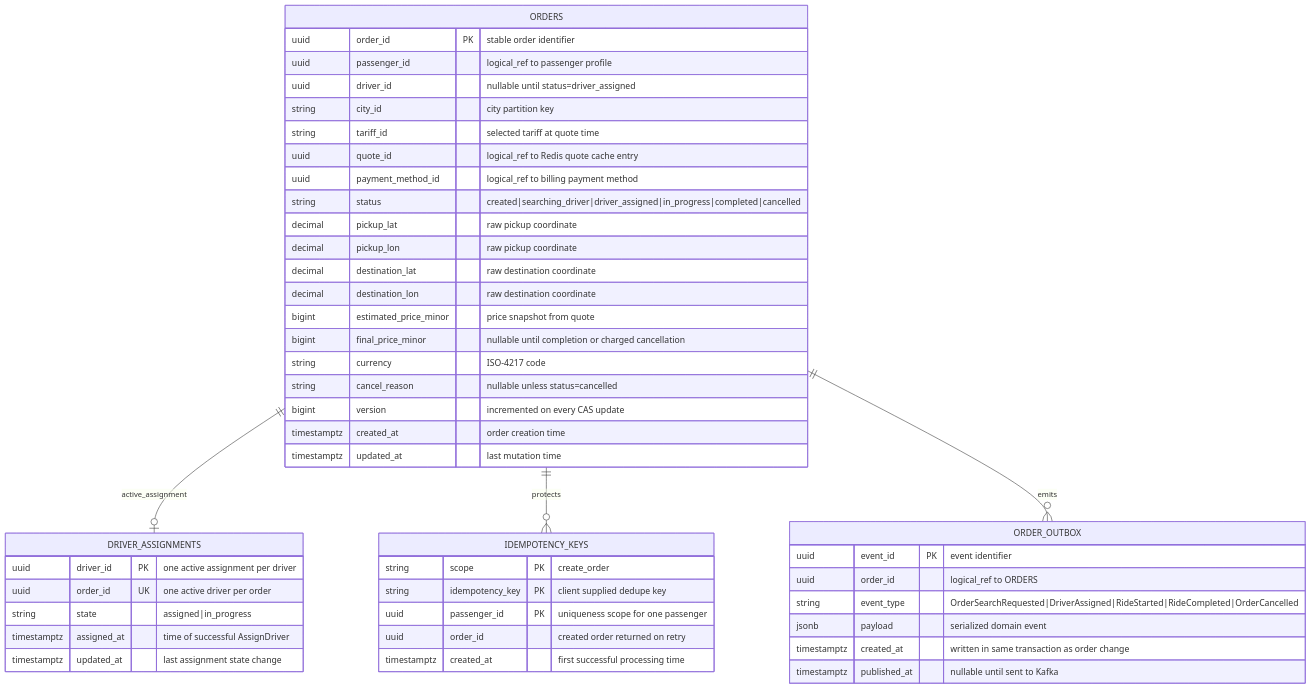
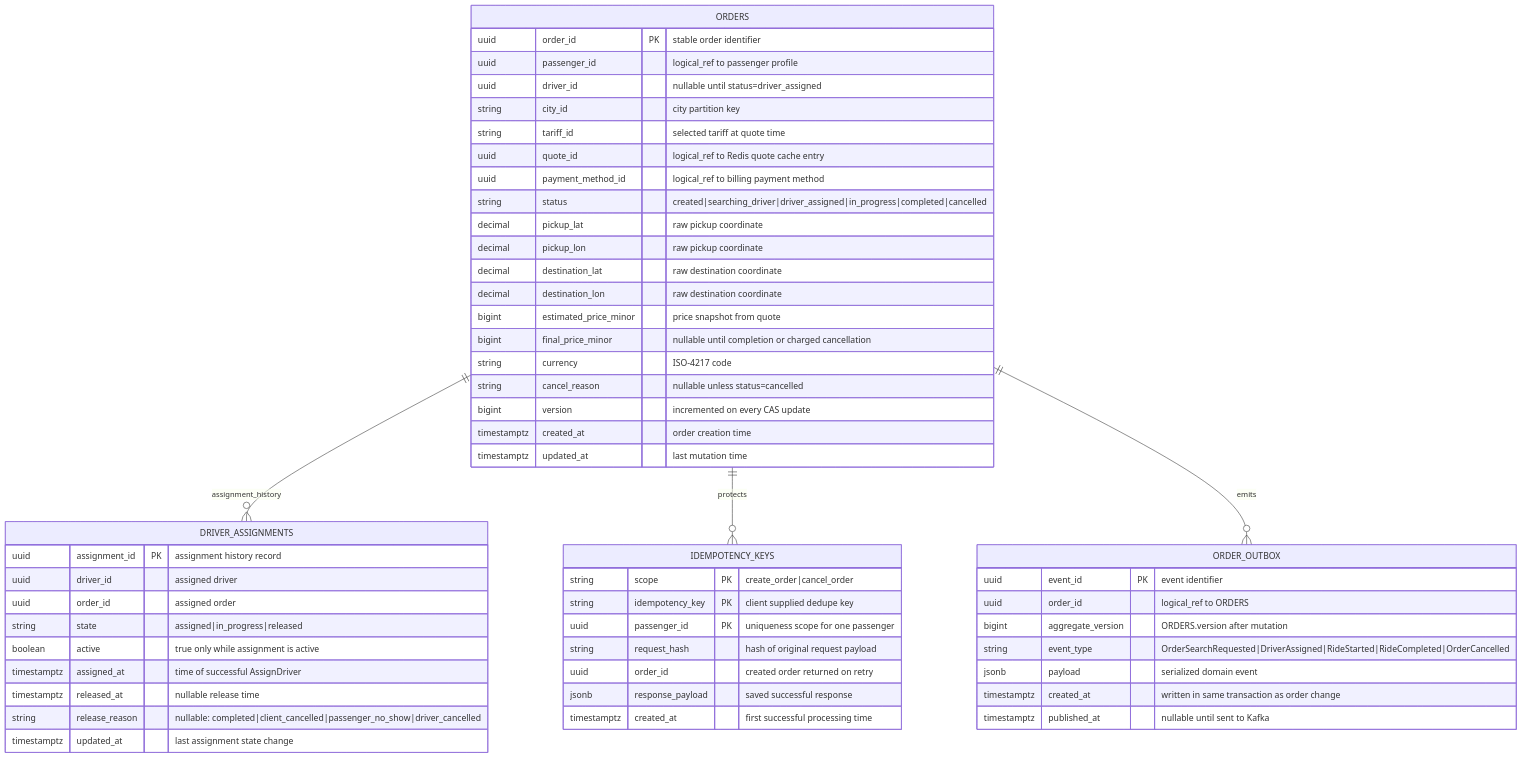
One commit to almostinf/taxi-ordering-service-system-design changed the sixth of 10 diagrams in dev-solution.md. Above: the diagram before and after it, drawn with Mermaid. The commit also changed other lines of this file, not shown here.

Commit message:
ADR second version

````diff
--- a/dev-solution.md
+++ b/dev-solution.md
@@ -564,53 +1431,60 @@
 ```mermaid
 erDiagram
     ORDERS {
         uuid order_id PK "stable order identifier"
         uuid passenger_id "logical_ref to passenger profile"
         uuid driver_id "nullable until status=driver_assigned"
         string city_id "city partition key"
         string tariff_id "selected tariff at quote time"
         uuid quote_id "logical_ref to Redis quote cache entry"
         uuid payment_method_id "logical_ref to billing payment method"
         string status "created|searching_driver|driver_assigned|in_progress|completed|cancelled"
         decimal pickup_lat "raw pickup coordinate"
         decimal pickup_lon "raw pickup coordinate"
         decimal destination_lat "raw destination coordinate"
         decimal destination_lon "raw destination coordinate"
         bigint estimated_price_minor "price snapshot from quote"
         bigint final_price_minor "nullable until completion or charged cancellation"
         string currency "ISO-4217 code"
         string cancel_reason "nullable unless status=cancelled"
         bigint version "incremented on every CAS update"
         timestamptz created_at "order creation time"
         timestamptz updated_at "last mutation time"
     }
 
     DRIVER_ASSIGNMENTS {
-        uuid driver_id PK "one active assignment per driver"
-        uuid order_id UK "one active driver per order"
-        string state "assigned|in_progress"
+        uuid assignment_id PK "assignment history record"
+        uuid driver_id "assigned driver"
+        uuid order_id "assigned order"
+        string state "assigned|in_progress|released"
+        boolean active "true only while assignment is active"
         timestamptz assigned_at "time of successful AssignDriver"
+        timestamptz released_at "nullable release time"
+        string release_reason "nullable: completed|client_cancelled|passenger_no_show|driver_cancelled"
         timestamptz updated_at "last assignment state change"
     }
 
     IDEMPOTENCY_KEYS {
-        string scope PK "create_order"
+        string scope PK "create_order|cancel_order"
         string idempotency_key PK "client supplied dedupe key"
         uuid passenger_id PK "uniqueness scope for one passenger"
+        string request_hash "hash of original request payload"
         uuid order_id "created order returned on retry"
+        jsonb response_payload "saved successful response"
         timestamptz created_at "first successful processing time"
     }
 
     ORDER_OUTBOX {
         uuid event_id PK "event identifier"
         uuid order_id "logical_ref to ORDERS"
+        bigint aggregate_version "ORDERS.version after mutation"
         string event_type "OrderSearchRequested|DriverAssigned|RideStarted|RideCompleted|OrderCancelled"
         jsonb payload "serialized domain event"
         timestamptz created_at "written in same transaction as order change"
         timestamptz published_at "nullable until sent to Kafka"
     }
 
-    ORDERS ||--o| DRIVER_ASSIGNMENTS : active_assignment
+    ORDERS ||--o{ DRIVER_ASSIGNMENTS : assignment_history
     ORDERS ||--o{ IDEMPOTENCY_KEYS : protects
     ORDERS ||--o{ ORDER_OUTBOX : emits
 ```
````
